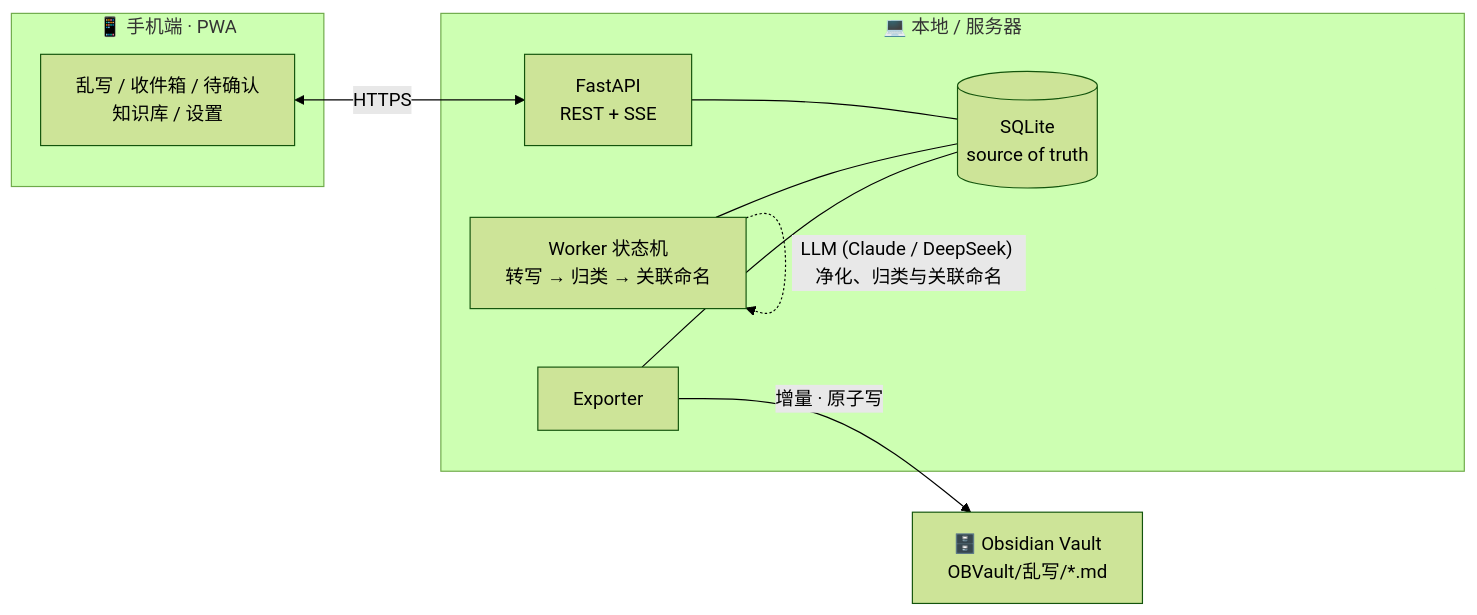
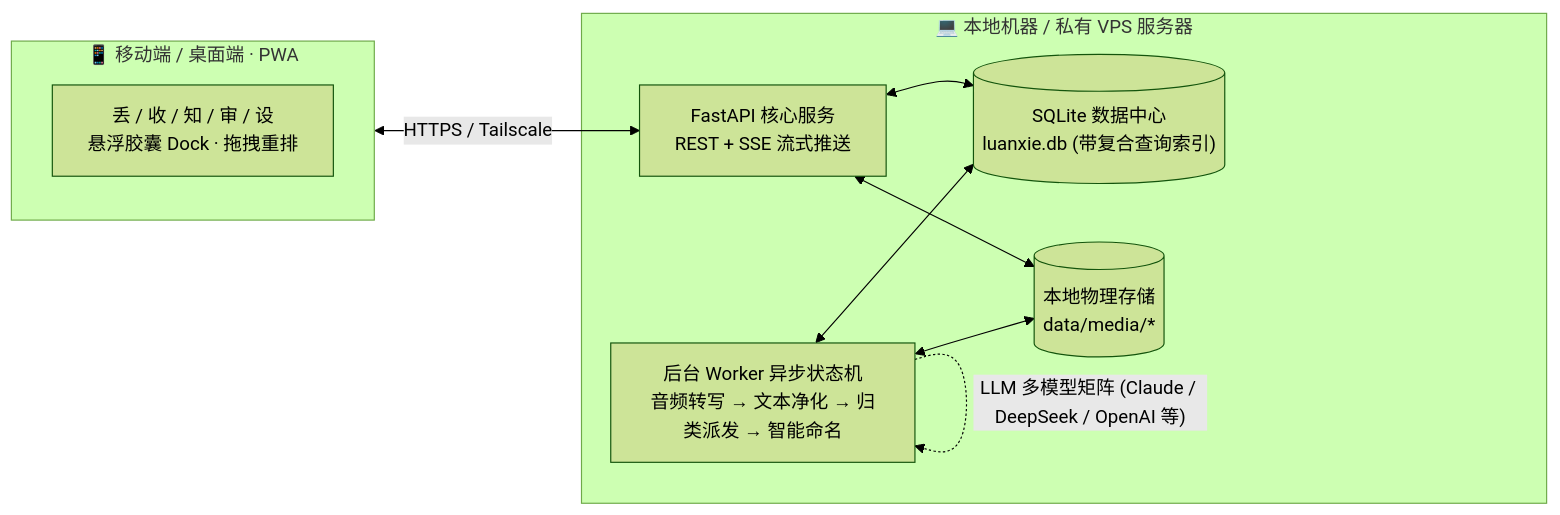
Before and after one commit to its-rory/luanxie: the first of 2 diagrams in README.md, drawn with Mermaid (forest theme). The commit also changed other lines of this file, not shown here.

Commit message:
docs: update README.md to align with current v0.2.1 features, UI and architecture

````diff
--- a/README.md
+++ b/README.md
@@ -95,22 +157,22 @@
 ```mermaid
 flowchart LR
-    subgraph phone["📱 手机端 · PWA"]
-      UI["乱写 / 收件箱 / 待确认<br/>知识库 / 设置"]
+    subgraph client["📱 移动端 / 桌面端 · PWA"]
+      UI["丢 / 收 / 知 / 审 / 设<br/>悬浮胶囊 Dock · 拖拽重排"]
     end
-    subgraph host["💻 本地 / 服务器"]
-      API["FastAPI<br/>REST + SSE"]
-      DB[("SQLite<br/>source of truth")]
-      W["Worker 状态机<br/>转写 → 归类 → 关联命名"]
-      EX["Exporter"]
-      API --- DB
-      W --- DB
-      EX --- DB
+
+    subgraph host["💻 本地机器 / 私有 VPS 服务器"]
+      API["FastAPI 核心服务<br/>REST + SSE 流式推送"]
+      DB[("SQLite 数据中心<br/>luanxie.db (带复合查询索引)")]
+      FS[("本地物理存储<br/>data/media/*")]
+      W["后台 Worker 异步状态机<br/>音频转写 → 文本净化 → 归类派发 → 智能命名"]
+      
+      API <--> DB
+      API <--> FS
+      W <--> DB
+      W <--> FS
     end
-    OB["🗄️ Obsidian Vault<br/>OBVault/乱写/*.md"]
 
-    UI <-->|"HTTPS"| API
-    W -. "本地转写 或 云端 API 转写 (FFmpeg mp3 压缩)" .-> W
-    W -. "LLM (Claude / DeepSeek) 净化、归类与关联命名" .-> W
-    EX -->|"增量 · 原子写"| OB
-    %% EX(Exporter → OBVault) 为路线图项,当前版本未启用写盘导出
+    client <-->|"HTTPS / Tailscale"| API
+    W -. "本地 Whisper (Apple Silicon / CUDA) 或 云端 API 转写 (FFmpeg 极速压包)" .-> W
+    W -. "LLM 多模型矩阵 (Claude / DeepSeek / OpenAI 等)" .-> W
 ```
````
